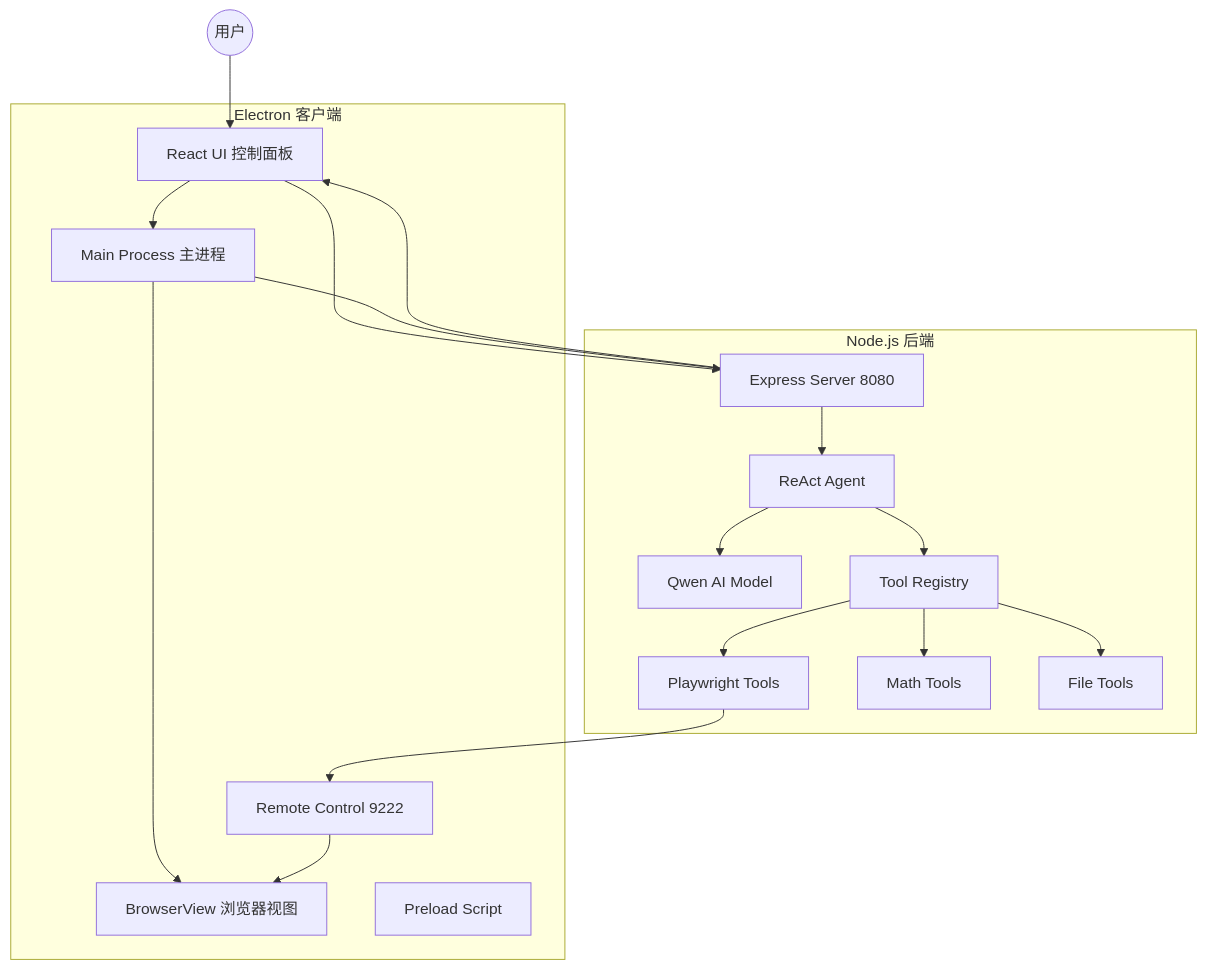
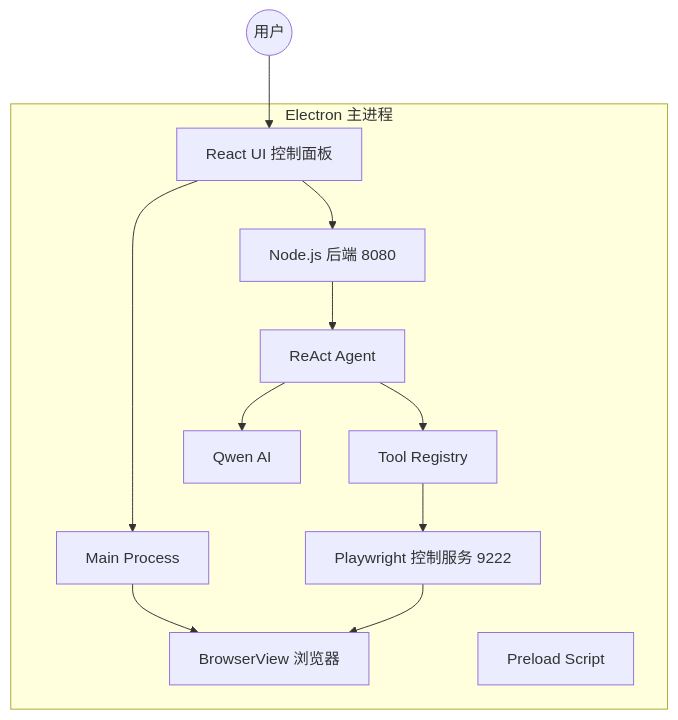
The first of 4 diagrams in README.md (1018053166/ReActAgentDemo), drawn with Mermaid before and after one commit. The commit also changed other lines of this file and 1 other file, not shown here.

Commit message:
fix: 修正架构图，Node.js 后端在主进程内联运行

````diff
--- a/README.md
+++ b/README.md
@@ -12,33 +12,23 @@
 ```mermaid
 graph TB
-    subgraph electron[Electron 客户端]
+    subgraph electron[Electron 主进程]
+        Main[Main Process]
         UI[React UI 控制面板]
-        BV[BrowserView 浏览器视图]
-        Main[Main Process 主进程]
+        BV[BrowserView 浏览器]
         Preload[Preload Script]
-        Remote[Remote Control 9222]
-    end
-    subgraph nodejs[Node.js 后端]
-        API[Express Server 8080]
+        Remote[Playwright 控制服务 9222]
+        Backend[Node.js 后端 8080]
         ReAct[ReAct Agent]
-        Qwen[Qwen AI Model]
+        Qwen[Qwen AI]
         Tools[Tool Registry]
-        PlaywrightTools[Playwright Tools]
-        MathTools[Math Tools]
-        FileTools[File Tools]
     end
     User((用户)) --> UI
     UI --> Main
-    UI --> API
-    Main --> API
+    UI --> Backend
     Main --> BV
-    API --> UI
-    API --> ReAct
+    Backend --> ReAct
     ReAct --> Qwen
     ReAct --> Tools
-    Tools --> PlaywrightTools
-    Tools --> MathTools
-    Tools --> FileTools
-    PlaywrightTools --> Remote
+    Tools --> Remote
     Remote --> BV
 ```
````
